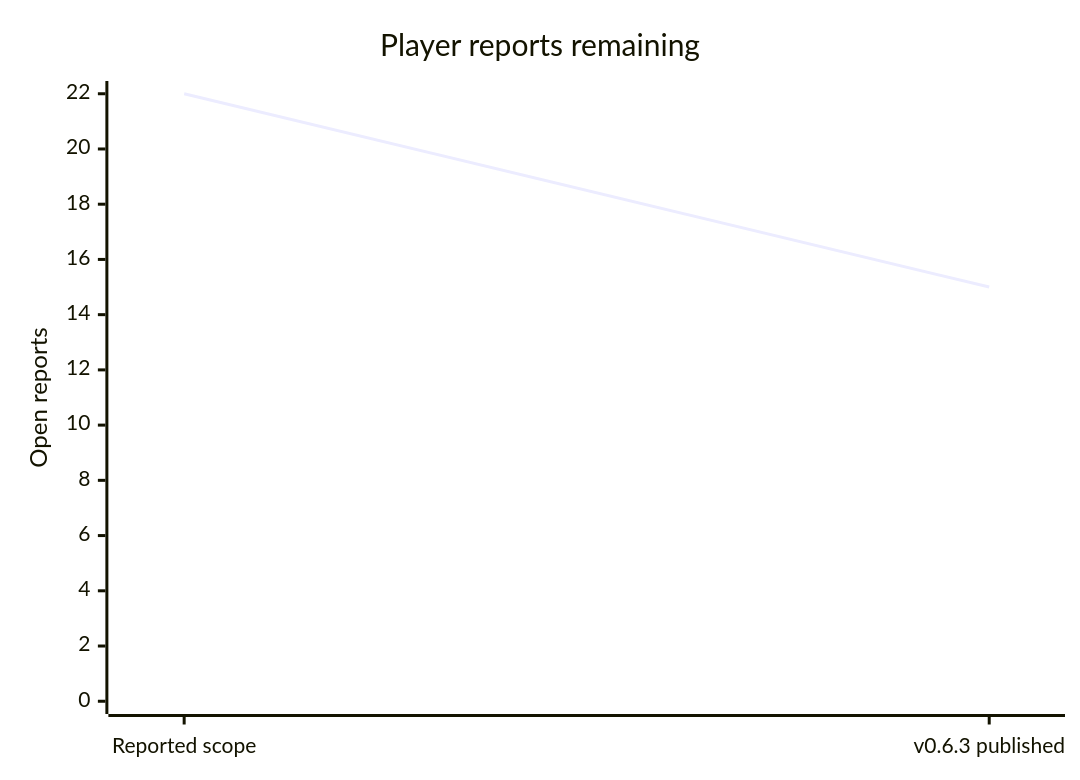
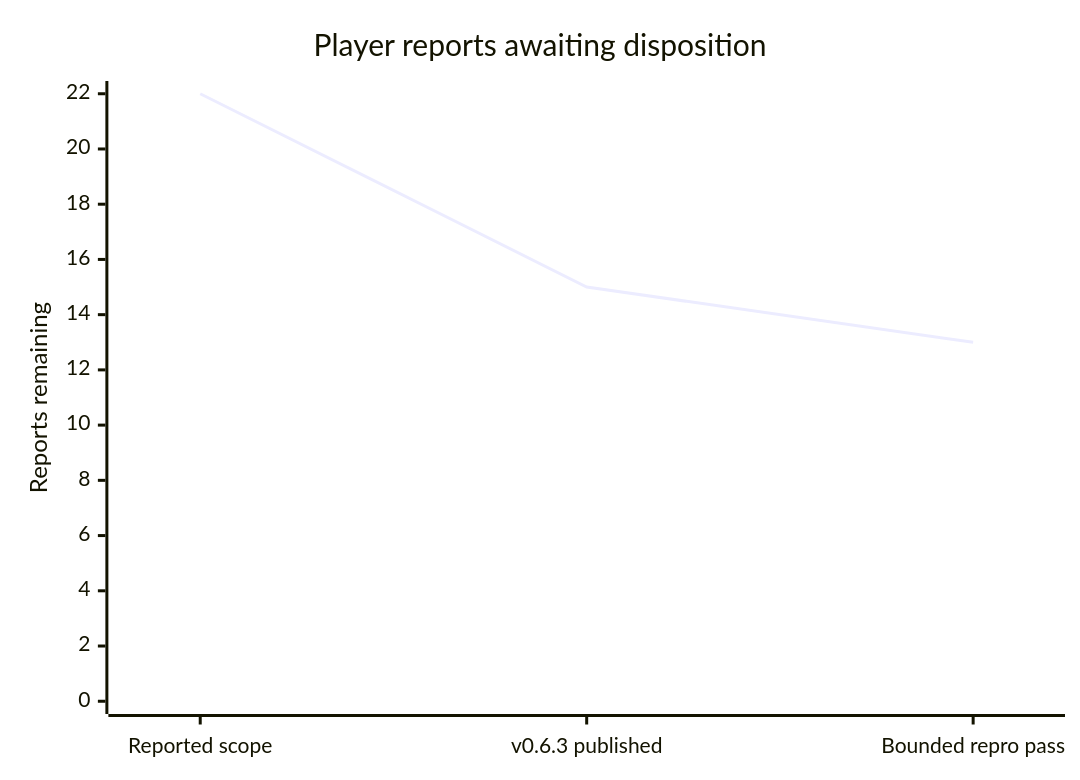
One commit to mstan/Sonic3AndKnucklesRecomp changed the diagram in docs/PLAYER_FEEDBACK_BURNDOWN.md. Above: the diagram before and after it, drawn with Mermaid. The commit also changed other lines of this file, not shown here.

Commit message:
Defer unreproduced reports for this pass as requested

````diff
--- a/docs/PLAYER_FEEDBACK_BURNDOWN.md
+++ b/docs/PLAYER_FEEDBACK_BURNDOWN.md
@@ -9,7 +9,7 @@
 ```mermaid
 xychart-beta
-    title "Player reports remaining"
-    x-axis ["Reported scope", "v0.6.3 published"]
-    y-axis "Open reports" 0 --> 22
-    line [22, 15]
+    title "Player reports awaiting disposition"
+    x-axis ["Reported scope", "v0.6.3 published", "Bounded repro pass"]
+    y-axis "Reports remaining" 0 --> 22
+    line [22, 15, 13]
 ```
````
